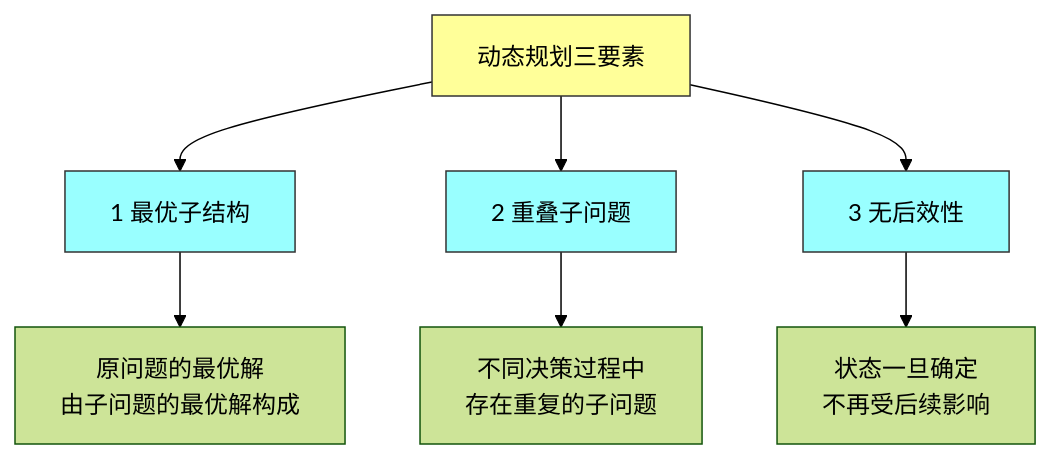
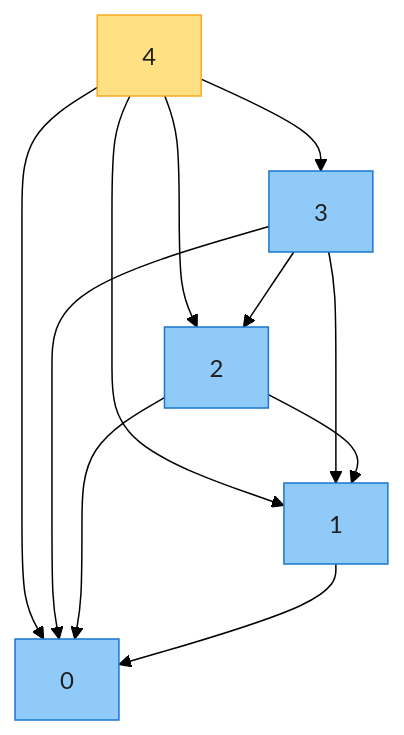
The fourth of 11 diagrams in IntroductionToAlgorithms/Chapter14_动态规划_深度版.md (socoo123/book_reading), drawn with Mermaid (forest theme) before and after one commit. The commit also changed other lines of this file and 30 other files, not shown here.

````diff
--- a/IntroductionToAlgorithms/Chapter14_动态规划_深度版.md
+++ b/IntroductionToAlgorithms/Chapter14_动态规划_深度版.md
@@ -183,15 +198,18 @@
 ```mermaid
-flowchart TD
-    A["动态规划三要素"] --> B["1 最优子结构"]
-    A --> C["2 重叠子问题"]
-    A --> D["3 无后效性"]
+graph TD
+    v4["4"] --> v3["3"]
+    v4 --> v2["2"]
+    v4 --> v1["1"]
+    v4 --> v0["0"]
+    v3 --> v2
+    v3 --> v1
+    v3 --> v0
+    v2 --> v1
+    v2 --> v0
+    v1 --> v0
 
-    B --> B1["原问题的最优解<br/>由子问题的最优解构成"]
-    C --> C1["不同决策过程中<br/>存在重复的子问题"]
-    D --> D1["状态一旦确定<br/>不再受后续影响"]
-
-    style A fill:#ffff99,stroke:#333
-    style B fill:#99ffff,stroke:#333
-    style C fill:#99ffff,stroke:#333
-    style D fill:#99ffff,stroke:#333
+    classDef sub fill:#90CAF9,stroke:#1976D2,color:#1f1f1f
+    classDef root fill:#FFE082,stroke:#F9A825,color:#1f1f1f
+    class v0,v1,v2,v3 sub
+    class v4 root
 ```
````
